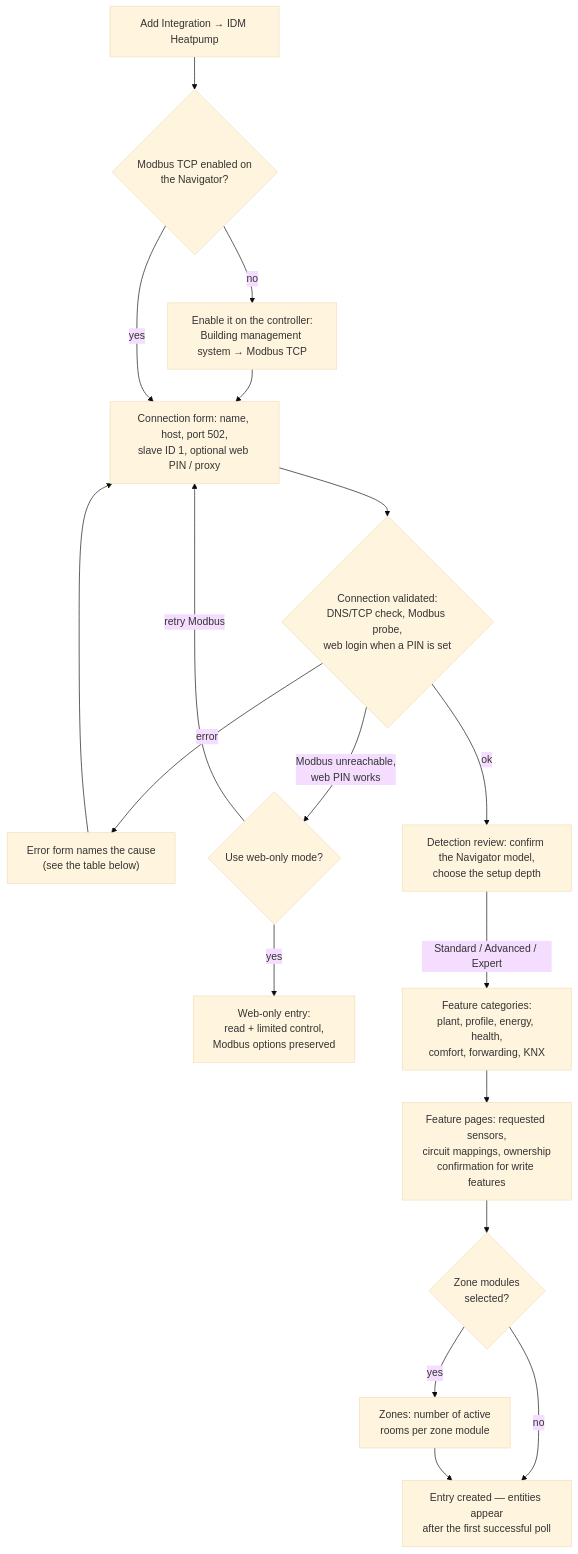
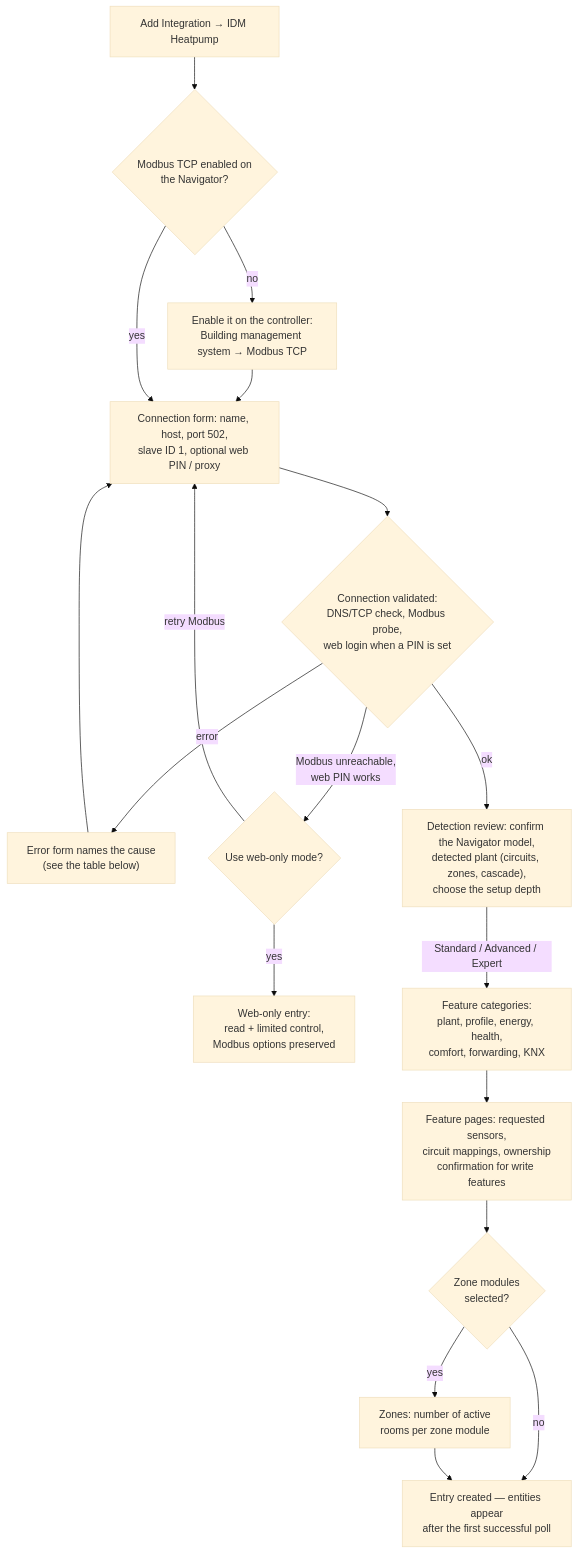
Before and after one commit to Xerolux/idm-heatpump-hass: the diagram in docs/wiki/Installation-and-Setup.md, drawn with Mermaid (base theme). The commit also changed other lines of this file and 41 other files, not shown here.

````diff
--- a/docs/wiki/Installation-and-Setup.md
+++ b/docs/wiki/Installation-and-Setup.md
@@ -133,20 +134,20 @@
 ```mermaid
 flowchart TD
     add["Add Integration → IDM Heatpump"] --> prereq{"Modbus TCP enabled on<br/>the Navigator?"}
     prereq -- "no" --> enable["Enable it on the controller:<br/>Building management system → Modbus TCP"]
     enable --> conn
     prereq -- "yes" --> conn["Connection form: name, host, port 502,<br/>slave ID 1, optional web PIN / proxy"]
     conn --> validate{"Connection validated:<br/>DNS/TCP check, Modbus probe,<br/>web login when a PIN is set"}
     validate -- "error" --> cause["Error form names the cause<br/>(see the table below)"]
     cause --> conn
     validate -- "Modbus unreachable,<br/>web PIN works" --> fallback{"Use web-only mode?"}
     fallback -- "yes" --> webonly["Web-only entry:<br/>read + limited control,<br/>Modbus options preserved"]
     fallback -- "retry Modbus" --> conn
-    validate -- "ok" --> review["Detection review: confirm the Navigator model,<br/>choose the setup depth"]
+    validate -- "ok" --> review["Detection review: confirm the Navigator model,<br/>detected plant (circuits, zones, cascade),<br/>choose the setup depth"]
     review -- "Standard / Advanced / Expert" --> features["Feature categories:<br/>plant, profile, energy, health,<br/>comfort, forwarding, KNX"]
     features --> pages["Feature pages: requested sensors,<br/>circuit mappings, ownership<br/>confirmation for write features"]
     pages --> zones{"Zone modules<br/>selected?"}
     zones -- "yes" --> rooms["Zones: number of active<br/>rooms per zone module"]
     zones -- "no" --> finish
     rooms --> finish["Entry created — entities appear<br/>after the first successful poll"]
 ```
````
